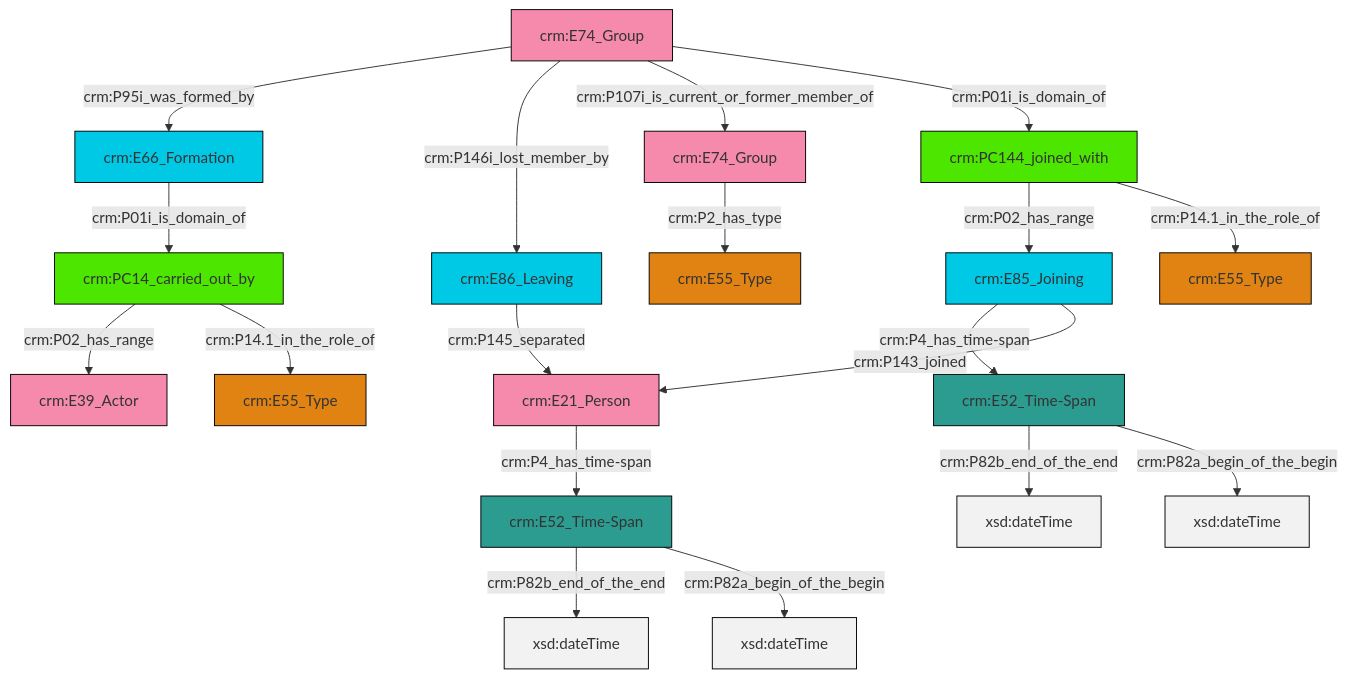
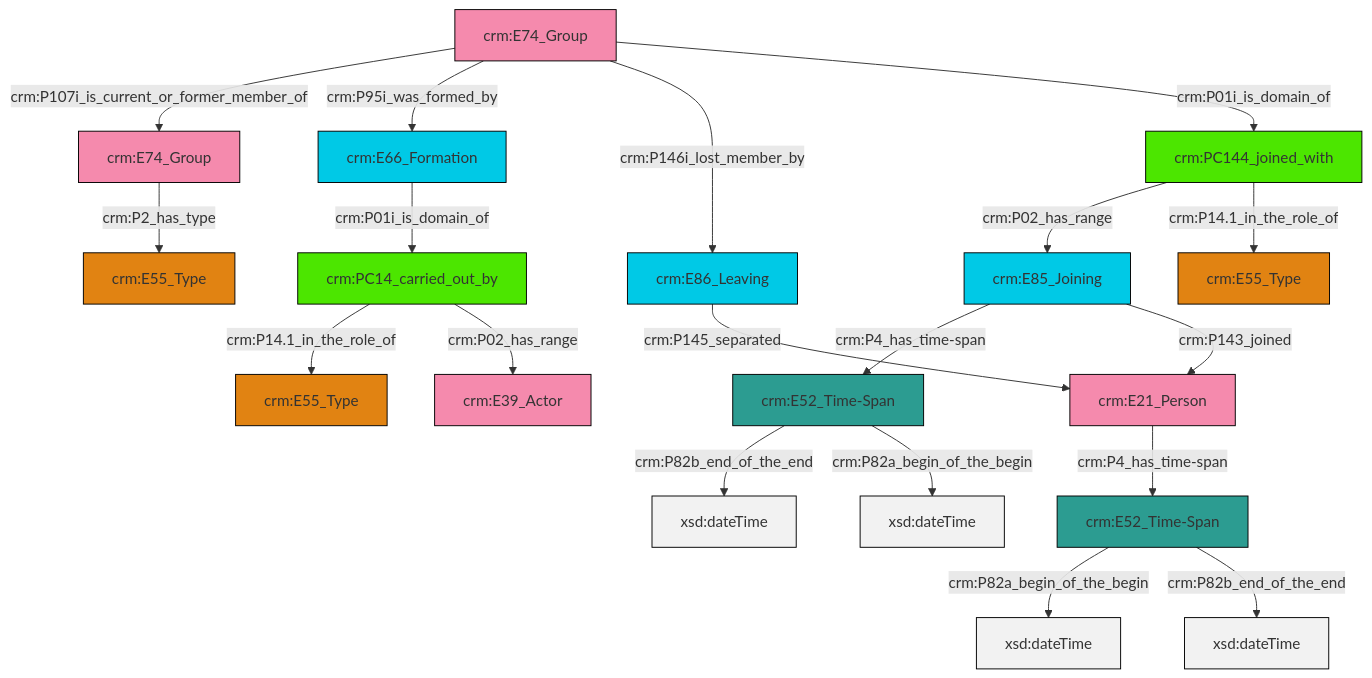
One commit to swiss-art-research-net/docs.swissartresearch changed the diagram in et/groupCSV/ttl/mmd/group_actor_relations.ttl.mmd. Above: the diagram before and after it, drawn with Mermaid. The commit also changed 182 other files, not shown here.

```diff
--- a/et/groupCSV/ttl/mmd/group_actor_relations.ttl.mmd
+++ b/et/groupCSV/ttl/mmd/group_actor_relations.ttl.mmd
@@ -1,33 +1,33 @@
 graph TD
 classDef Literal fill:#f2f2f2,stroke:#000000;
 classDef CRM_Entity fill:#FFFFFF,stroke:#000000;
 classDef Temporal_Entity fill:#00C9E6, stroke:#000000;
 classDef Type fill:#E18312, stroke:#000000;
 classDef Time-Span fill:#2C9C91, stroke:#000000;
 classDef Appellation fill:#FFEB7F, stroke:#000000;
 classDef Place fill:#008836, stroke:#000000;
 classDef Persistent_Item fill:#B266B2, stroke:#000000;
 classDef Conceptual_Object fill:#FFD700, stroke:#000000;
 classDef Physical_Thing fill:#D2B48C, stroke:#000000;
 classDef Actor fill:#f58aad, stroke:#000000;
 classDef PC_Classes fill:#4ce600, stroke:#000000;
 classDef Multi fill:#cccccc,stroke:#000000;
 
-6["crm:E86_Leaving"]:::Temporal_Entity -->|crm:P145_separated| 7["crm:E21_Person"]:::Actor
-8["crm:E52_Time-Span"]:::Time-Span -->|crm:P82b_end_of_the_end| 9[xsd:dateTime]:::Literal
-2["crm:E85_Joining"]:::Temporal_Entity -->|crm:P4_has_time-span| 8["crm:E52_Time-Span"]:::Time-Span
-12["crm:PC14_carried_out_by"]:::PC_Classes -->|crm:P02_has_range| 13["crm:E39_Actor"]:::Actor
-14["crm:E52_Time-Span"]:::Time-Span -->|crm:P82b_end_of_the_end| 15[xsd:dateTime]:::Literal
-7["crm:E21_Person"]:::Actor -->|crm:P4_has_time-span| 14["crm:E52_Time-Span"]:::Time-Span
-16["crm:E74_Group"]:::Actor -->|crm:P95i_was_formed_by| 4["crm:E66_Formation"]:::Temporal_Entity
-12["crm:PC14_carried_out_by"]:::PC_Classes -->|crm:P14.1_in_the_role_of| 17["crm:E55_Type"]:::Type
-19["crm:PC144_joined_with"]:::PC_Classes -->|crm:P02_has_range| 2["crm:E85_Joining"]:::Temporal_Entity
-4["crm:E66_Formation"]:::Temporal_Entity -->|crm:P01i_is_domain_of| 12["crm:PC14_carried_out_by"]:::PC_Classes
-16["crm:E74_Group"]:::Actor -->|crm:P146i_lost_member_by| 6["crm:E86_Leaving"]:::Temporal_Entity
-16["crm:E74_Group"]:::Actor -->|crm:P107i_is_current_or_former_member_of| 10["crm:E74_Group"]:::Actor
-14["crm:E52_Time-Span"]:::Time-Span -->|crm:P82a_begin_of_the_begin| 27[xsd:dateTime]:::Literal
-16["crm:E74_Group"]:::Actor -->|crm:P01i_is_domain_of| 19["crm:PC144_joined_with"]:::PC_Classes
-8["crm:E52_Time-Span"]:::Time-Span -->|crm:P82a_begin_of_the_begin| 30[xsd:dateTime]:::Literal
-2["crm:E85_Joining"]:::Temporal_Entity -->|crm:P143_joined| 7["crm:E21_Person"]:::Actor
-10["crm:E74_Group"]:::Actor -->|crm:P2_has_type| 23["crm:E55_Type"]:::Type
-19["crm:PC144_joined_with"]:::PC_Classes -->|crm:P14.1_in_the_role_of| 0["crm:E55_Type"]:::Type
+4["crm:PC14_carried_out_by"]:::PC_Classes -->|crm:P14.1_in_the_role_of| 8["crm:E55_Type"]:::Type
+9["crm:E74_Group"]:::Actor -->|crm:P107i_is_current_or_former_member_of| 0["crm:E74_Group"]:::Actor
+6["crm:E52_Time-Span"]:::Time-Span -->|crm:P82a_begin_of_the_begin| 12[xsd:dateTime]:::Literal
+13["crm:E52_Time-Span"]:::Time-Span -->|crm:P82b_end_of_the_end| 14[xsd:dateTime]:::Literal
+9["crm:E74_Group"]:::Actor -->|crm:P95i_was_formed_by| 2["crm:E66_Formation"]:::Temporal_Entity
+19["crm:E21_Person"]:::Actor -->|crm:P4_has_time-span| 6["crm:E52_Time-Span"]:::Time-Span
+9["crm:E74_Group"]:::Actor -->|crm:P146i_lost_member_by| 10["crm:E86_Leaving"]:::Temporal_Entity
+2["crm:E66_Formation"]:::Temporal_Entity -->|crm:P01i_is_domain_of| 4["crm:PC14_carried_out_by"]:::PC_Classes
+25["crm:E85_Joining"]:::Temporal_Entity -->|crm:P4_has_time-span| 13["crm:E52_Time-Span"]:::Time-Span
+27["crm:PC144_joined_with"]:::PC_Classes -->|crm:P02_has_range| 25["crm:E85_Joining"]:::Temporal_Entity
+13["crm:E52_Time-Span"]:::Time-Span -->|crm:P82a_begin_of_the_begin| 28[xsd:dateTime]:::Literal
+25["crm:E85_Joining"]:::Temporal_Entity -->|crm:P143_joined| 19["crm:E21_Person"]:::Actor
+9["crm:E74_Group"]:::Actor -->|crm:P01i_is_domain_of| 27["crm:PC144_joined_with"]:::PC_Classes
+6["crm:E52_Time-Span"]:::Time-Span -->|crm:P82b_end_of_the_end| 30[xsd:dateTime]:::Literal
+27["crm:PC144_joined_with"]:::PC_Classes -->|crm:P14.1_in_the_role_of| 16["crm:E55_Type"]:::Type
+10["crm:E86_Leaving"]:::Temporal_Entity -->|crm:P145_separated| 19["crm:E21_Person"]:::Actor
+0["crm:E74_Group"]:::Actor -->|crm:P2_has_type| 22["crm:E55_Type"]:::Type
+4["crm:PC14_carried_out_by"]:::PC_Classes -->|crm:P02_has_range| 20["crm:E39_Actor"]:::Actor
```
